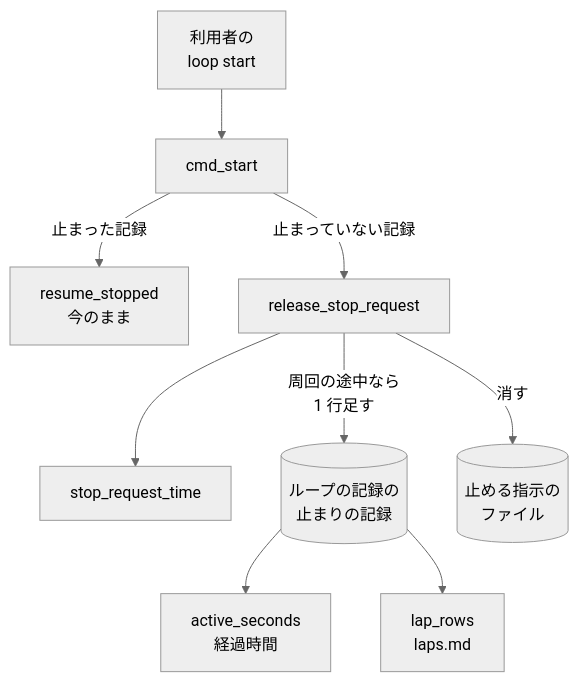
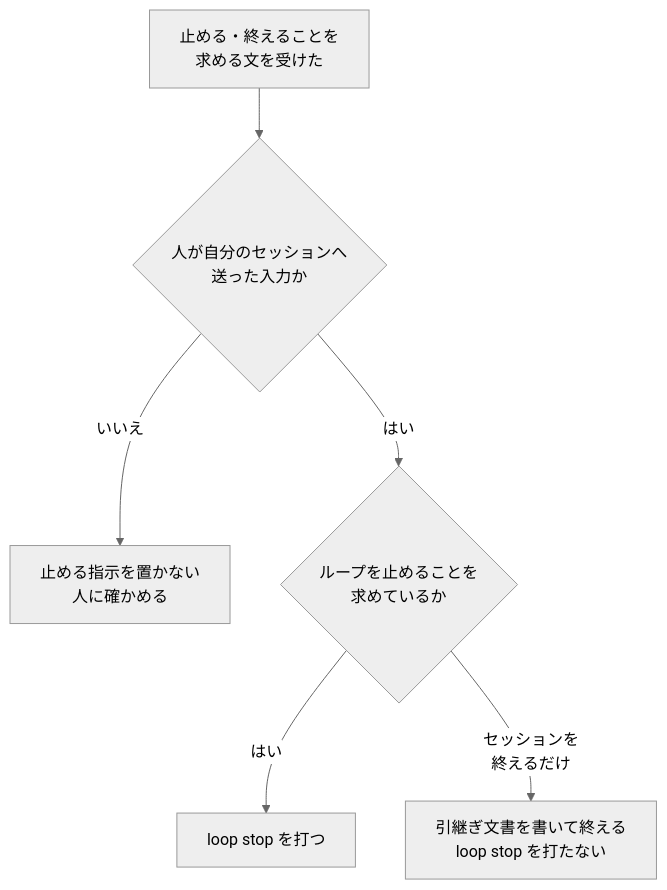
Before and after one commit to devbasex/ai-plugins: the diagram in issues/issue-2474-design.md, drawn with Mermaid (neutral theme). The commit also changed other lines of this file and 1 other file, not shown here.

````diff
--- a/issues/issue-2474-design.md
+++ b/issues/issue-2474-design.md
@@ -111,11 +122,8 @@
 ```mermaid
-graph TD
-    U[利用者の<br/>loop start] --> S[cmd_start]
-    S -->|止まった記録| R[resume_stopped<br/>今のまま]
-    S -->|止まっていない記録| L[release_stop_request]
-    L --> T[stop_request_time]
-    L -->|周回の途中なら<br/>1 行足す| J[(ループの記録の<br/>止まりの記録)]
-    L -->|消す| F[(止める指示の<br/>ファイル)]
-    J --> A[active_seconds<br/>経過時間]
-    J --> M[lap_rows<br/>laps.md]
+flowchart TD
+    A[止める・終えることを<br/>求める文を受けた] --> B{人が自分のセッションへ<br/>送った入力か}
+    B -->|いいえ| C[止める指示を置かない<br/>人に確かめる]
+    B -->|はい| D{ループを止めることを<br/>求めているか}
+    D -->|はい| E[loop stop を打つ]
+    D -->|セッションを<br/>終えるだけ| F[引継ぎ文書を書いて終える<br/>loop stop を打たない]
 ```
````
